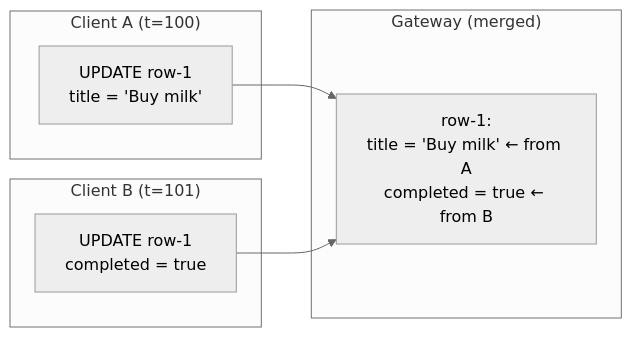
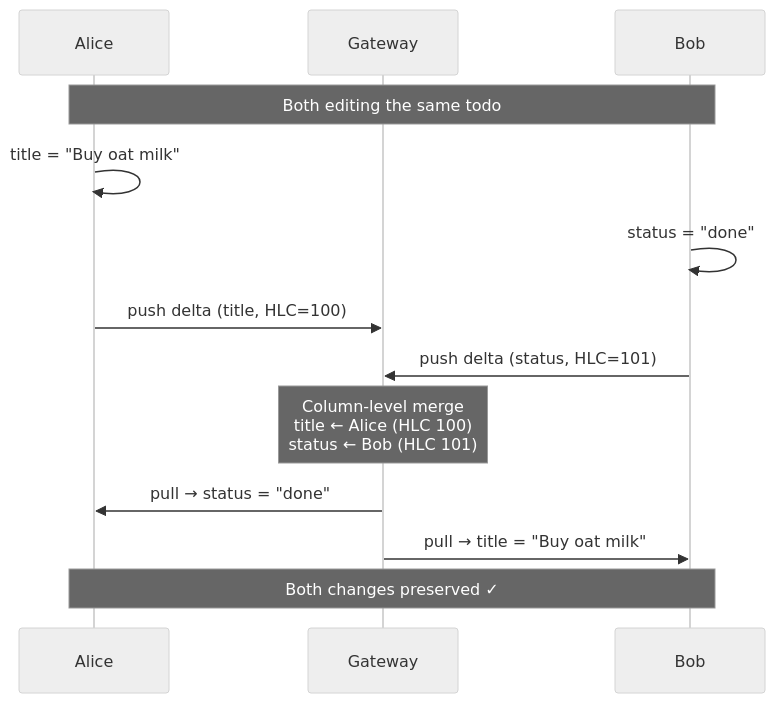
One commit to radekdymacz/lakesync changed the second of 4 diagrams in README.md. Above: the diagram before and after it, drawn with Mermaid (neutral theme). The commit also changed other lines of this file and 1 other file, not shown here.

````diff
--- a/README.md
+++ b/README.md
@@ -67,14 +85,16 @@
 ```mermaid
-graph LR
-    subgraph "Client A (t=100)"
-        A["UPDATE row-1<br/>title = 'Buy milk'"]
-    end
-    subgraph "Client B (t=101)"
-        B["UPDATE row-1<br/>completed = true"]
-    end
-    subgraph "Gateway (merged)"
-        M["row-1:<br/>title = 'Buy milk' ← from A<br/>completed = true ← from B"]
-    end
-    A --> M
-    B --> M
+sequenceDiagram
+    participant A as Alice
+    participant GW as Gateway
+    participant B as Bob
+
+    Note over A,B: Both editing the same todo
+    A->>A: title = "Buy oat milk"
+    B->>B: status = "done"
+    A->>GW: push delta (title, HLC=100)
+    B->>GW: push delta (status, HLC=101)
+    Note over GW: Column-level merge<br/>title ← Alice (HLC 100)<br/>status ← Bob (HLC 101)
+    GW->>A: pull → status = "done"
+    GW->>B: pull → title = "Buy oat milk"
+    Note over A,B: Both changes preserved ✓
 ```
````
